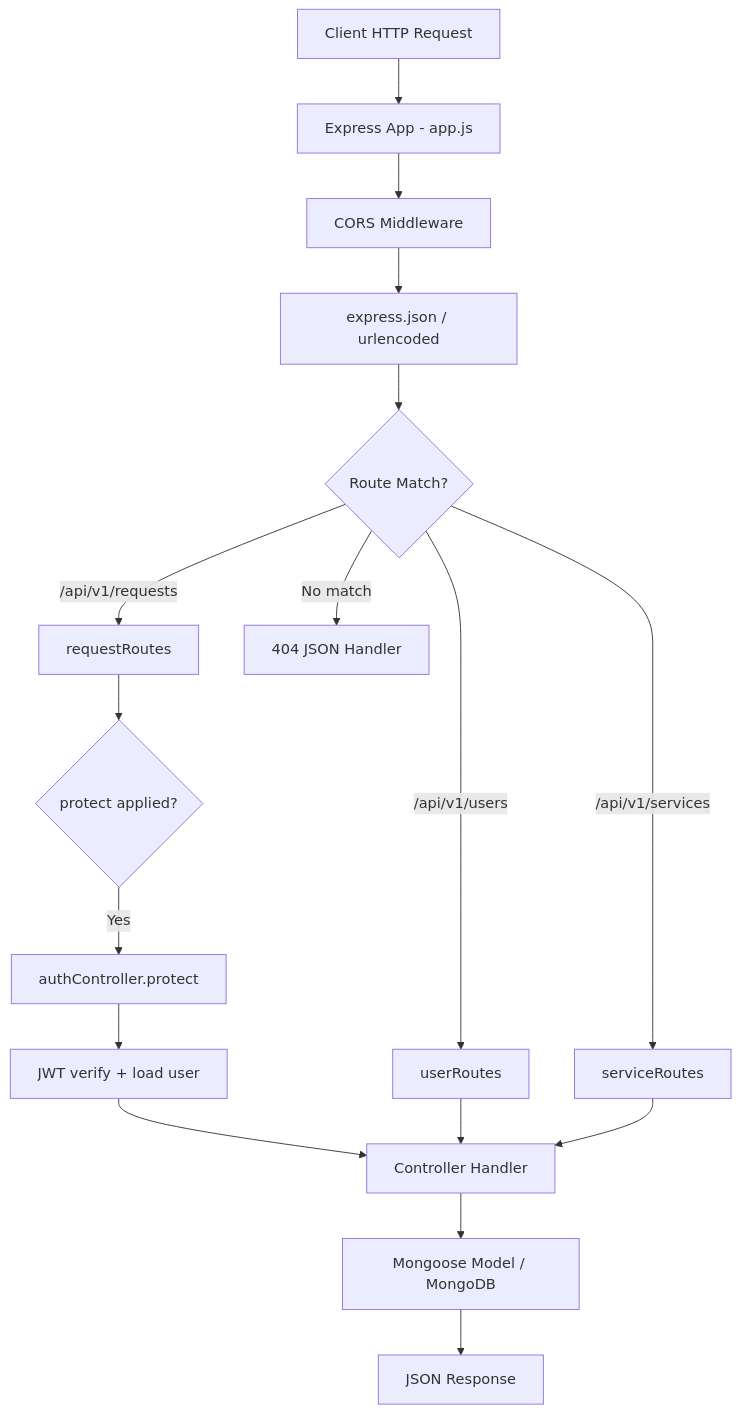
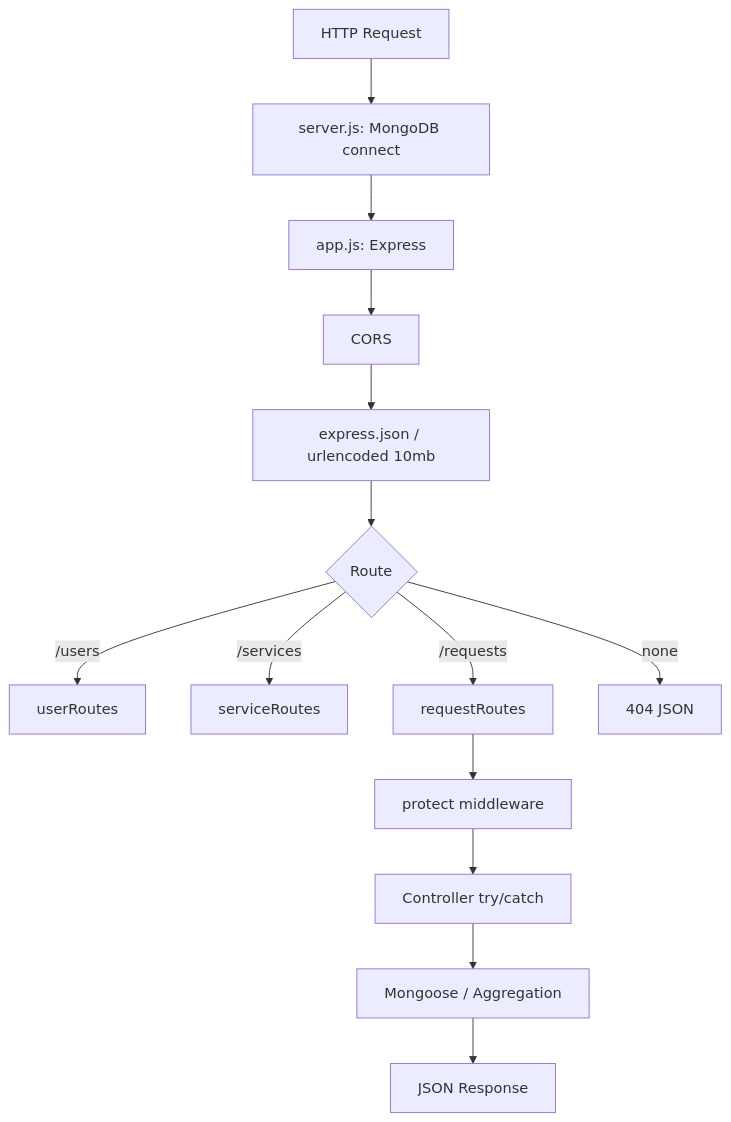
The fourth of 15 diagrams in san3a-project/backend/SAN3A_BACKEND_DOCUMENTATION.md (mohamedmadyan56/San3a-Fullstack), drawn with Mermaid before and after one commit. The commit also changed other lines of this file, not shown here.

````diff
--- a/san3a-project/backend/SAN3A_BACKEND_DOCUMENTATION.md
+++ b/san3a-project/backend/SAN3A_BACKEND_DOCUMENTATION.md
@@ -1185,19 +835,16 @@
 ```mermaid
 flowchart TD
-    A[Client HTTP Request] --> B[Express App - app.js]
-    B --> C[CORS Middleware]
-    C --> D[express.json / urlencoded]
-    D --> E{Route Match?}
-    E -->|/api/v1/users| F[userRoutes]
-    E -->|/api/v1/services| G[serviceRoutes]
-    E -->|/api/v1/requests| H[requestRoutes]
-    E -->|No match| I[404 JSON Handler]
-    H --> J{protect applied?}
-    J -->|Yes| K[authController.protect]
-    K --> L[JWT verify + load user]
-    L --> M[Controller Handler]
-    F --> M
-    G --> M
-    M --> N[Mongoose Model / MongoDB]
-    N --> O[JSON Response]
+    A[HTTP Request] --> B[server.js: MongoDB connect]
+    B --> C[app.js: Express]
+    C --> D[CORS]
+    D --> E[express.json / urlencoded 10mb]
+    E --> F{Route}
+    F -->|/users| G[userRoutes]
+    F -->|/services| H[serviceRoutes]
+    F -->|/requests| I[requestRoutes]
+    F -->|none| J[404 JSON]
+    I --> K[protect middleware]
+    K --> L[Controller try/catch]
+    L --> M[Mongoose / Aggregation]
+    M --> N[JSON Response]
 ```
````
